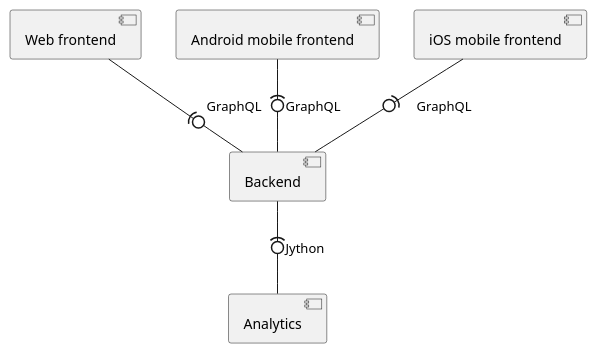
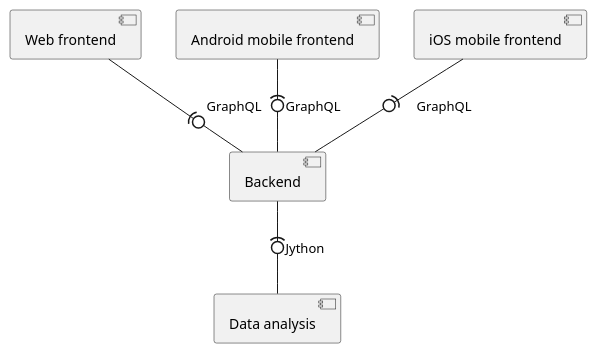
Before and after one commit to RadekBucki/ADoTO-Architecture: the first of 3 diagrams in README.md, drawn with PlantUML. The commit also changed other lines of this file, not shown here.

````diff
--- a/README.md
+++ b/README.md
@@ -2,18 +2,18 @@
 ```plantuml
 @startuml
 component "Web frontend" as web
 component "Android mobile frontend" as android
 component "iOS mobile frontend" as ios
 
 component "Backend" as backend
 
-component "Analytics" as analytics
+component "Data analysis" as analytics
 
 web -(0- backend: GraphQL
 android -(0- backend: GraphQL
 ios -(0- backend: GraphQL
 
 backend -(0- analytics: Jython
 
 @enduml
 ```
````
